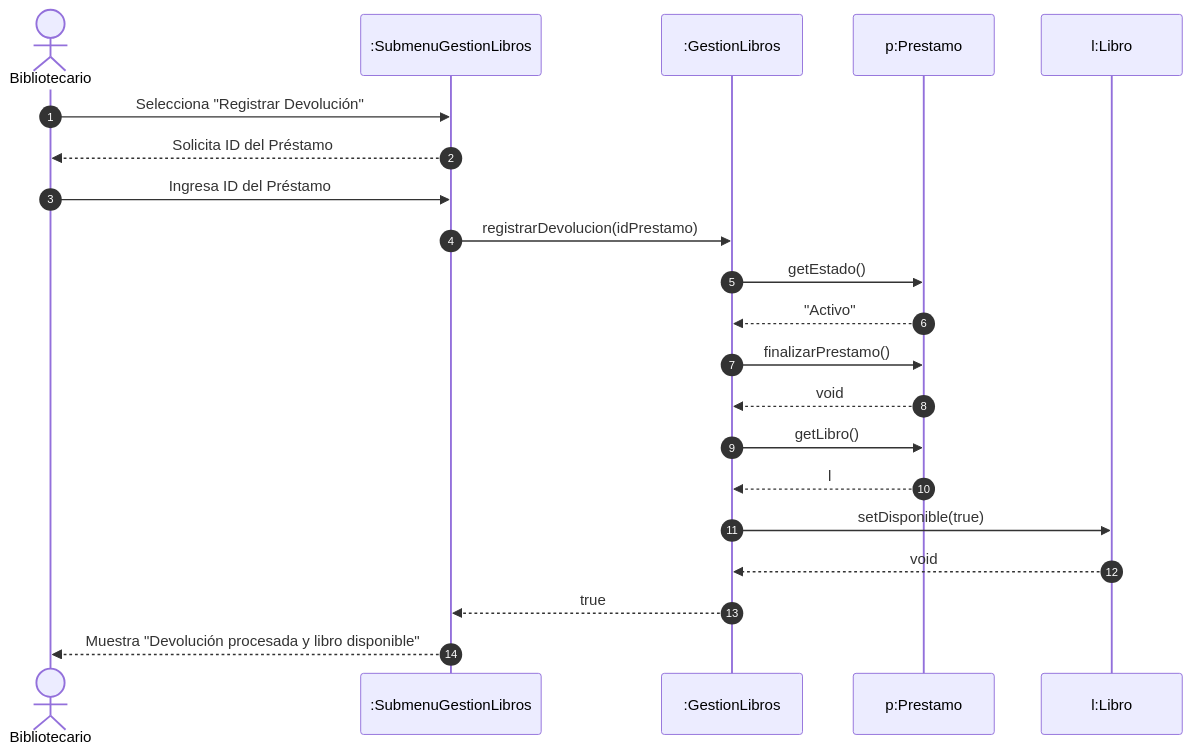
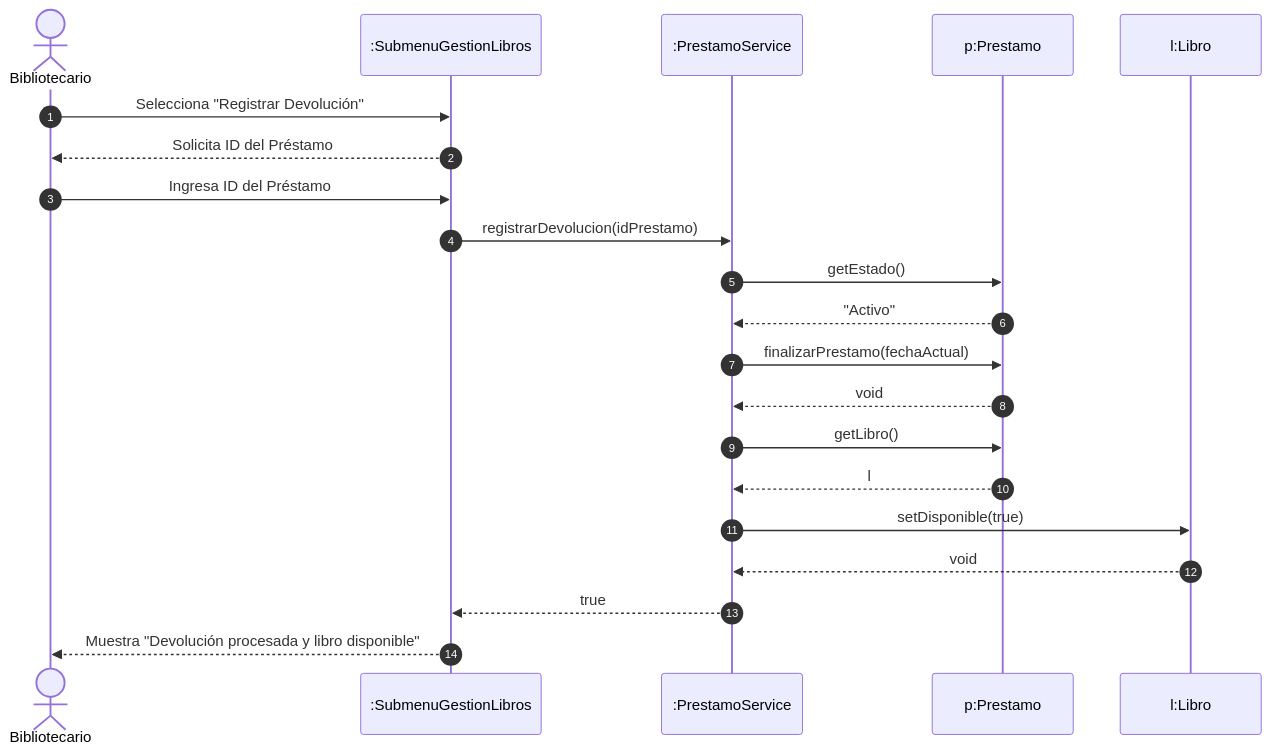
One commit to JuacHomeroC12/Gestion-de-biblioteca-virtual- changed the fourth of 8 diagrams in docs/fase3_diseno_uml.md. Above: the diagram before and after it, drawn with Mermaid. The commit also changed other lines of this file and 4 other files, not shown here.

````diff
--- a/docs/fase3_diseno_uml.md
+++ b/docs/fase3_diseno_uml.md
@@ -247,29 +300,29 @@
 ```mermaid
 sequenceDiagram
     autonumber
     actor B as Bibliotecario
     participant V as :SubmenuGestionLibros
-    participant S as :GestionLibros
+    participant S as :PrestamoService
     participant P as p:Prestamo
     participant L as l:Libro
 
     B ->> V: Selecciona "Registrar Devolución"
     V -->> B: Solicita ID del Préstamo
     B ->> V: Ingresa ID del Préstamo
     V ->> S: registrarDevolucion(idPrestamo)
     
     S ->> P: getEstado()
     P -->> S: "Activo"
     
-    S ->> P: finalizarPrestamo()
+    S ->> P: finalizarPrestamo(fechaActual)
     P -->> S: void
     
     S ->> P: getLibro()
     P -->> S: l
     
     S ->> L: setDisponible(true)
     L -->> S: void
     
     S -->> V: true
     V -->> B: Muestra "Devolución procesada y libro disponible"
 ```
````
